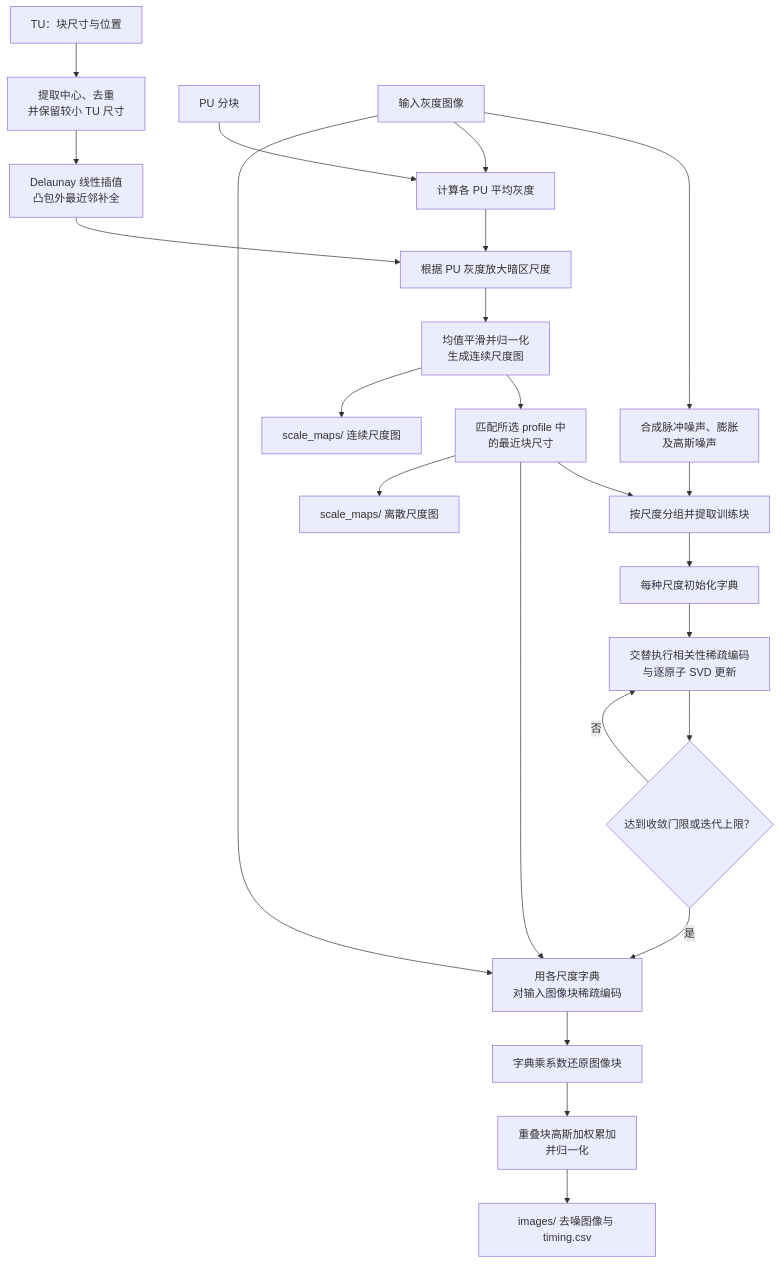
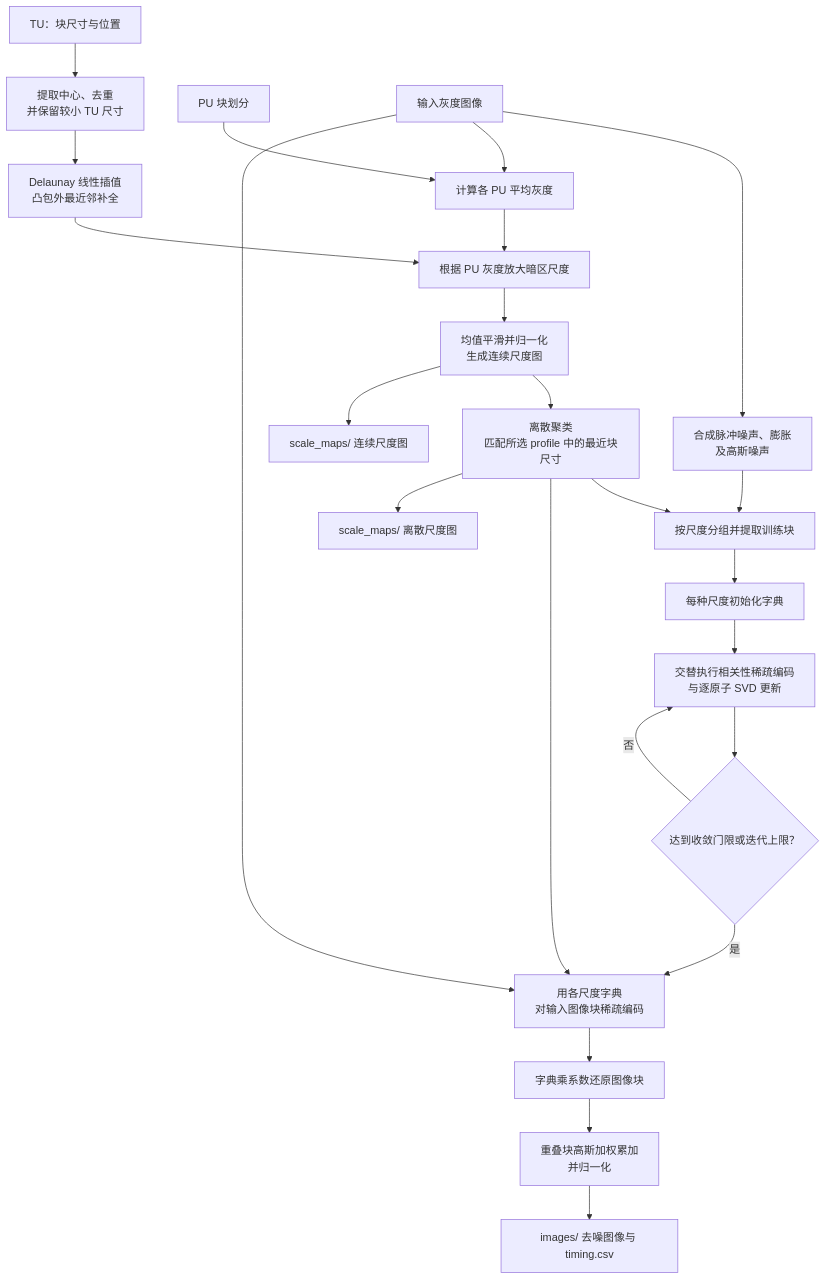
The fourth of 7 diagrams in README_zh-CN.md (LumaVistaLab/hevc-ksvd-mamba-for-ultrasound), drawn with Mermaid before and after one commit. The commit also changed other lines of this file and 2 other files, not shown here.

````diff
--- a/README_zh-CN.md
+++ b/README_zh-CN.md
@@ -312,26 +314,26 @@
 ```mermaid
 flowchart TD
     TU["TU：块尺寸与位置"] --> Centers["提取中心、去重<br/>并保留较小 TU 尺寸"]
     Centers --> Interpolation["Delaunay 线性插值<br/>凸包外最近邻补全"]
-    PU["PU 分块"] --> Brightness["计算各 PU 平均灰度"]
+    PU["PU 块划分"] --> Brightness["计算各 PU 平均灰度"]
     Interpolation --> Zoom["根据 PU 灰度放大暗区尺度"]
     Brightness --> Zoom
     Zoom --> Smooth["均值平滑并归一化<br/>生成连续尺度图"]
-    Smooth --> Discrete["匹配所选 profile 中<br/>的最近块尺寸"]
+    Smooth --> Discrete["离散聚类<br/>匹配所选 profile 中的最近块尺寸"]
     Discrete --> TrainingPatches["按尺度分组并提取训练块"]
     Image["输入灰度图像"] --> Noise["合成脉冲噪声、膨胀<br/>及高斯噪声"]
     Image --> Brightness
     Noise --> TrainingPatches
     TrainingPatches --> Dictionary["每种尺度初始化字典"]
     Dictionary --> Learn["交替执行相关性稀疏编码<br/>与逐原子 SVD 更新"]
     Learn --> Stop{"达到收敛门限或迭代上限？"}
     Stop -->|否| Learn
     Stop -->|是| Encode["用各尺度字典<br/>对输入图像块稀疏编码"]
     Image --> Encode
     Discrete --> Encode
     Encode --> Reconstruct["字典乘系数还原图像块"]
     Reconstruct --> Fusion["重叠块高斯加权累加<br/>并归一化"]
     Fusion --> Output["images/ 去噪图像与 timing.csv"]
     Smooth --> Continuous["scale_maps/ 连续尺度图"]
     Discrete --> DiscreteOutput["scale_maps/ 离散尺度图"]
 ```
````
